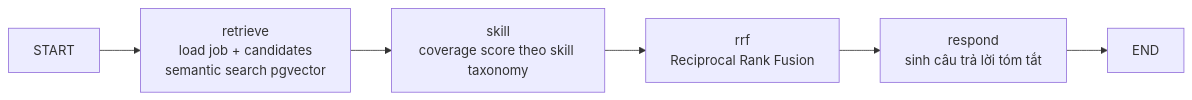
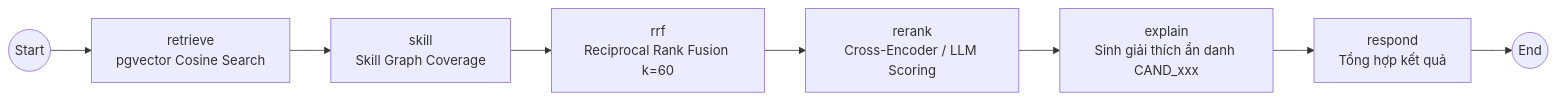
Before and after one commit to linhnguyenviet030704-oss/T099: the third of 4 diagrams in docs/architecture-agent-backend.md, drawn with Mermaid. The commit also changed other lines of this file and 98 other files, not shown here.

````diff
--- a/docs/architecture-agent-backend.md
+++ b/docs/architecture-agent-backend.md
@@ -85,8 +81,10 @@
 ```mermaid
 graph LR
-    START --> retrieve[retrieve<br/>load job + candidates<br/>semantic search pgvector]
-    retrieve --> skill[skill<br/>coverage score theo skill taxonomy]
-    skill --> rrf[rrf<br/>Reciprocal Rank Fusion]
-    rrf --> respond[respond<br/>sinh câu trả lời tóm tắt]
-    respond --> END
+    START((Start)) --> retrieve["retrieve<br/>pgvector Cosine Search"]
+    retrieve --> skill["skill<br/>Skill Graph Coverage"]
+    skill --> rrf["rrf<br/>Reciprocal Rank Fusion k=60"]
+    rrf --> rerank["rerank<br/>Cross-Encoder / LLM Scoring"]
+    rerank --> explain["explain<br/>Sinh giải thích ẩn danh CAND_xxx"]
+    explain --> respond["respond<br/>Tổng hợp kết quả"]
+    respond --> END((End))
 ```
````
